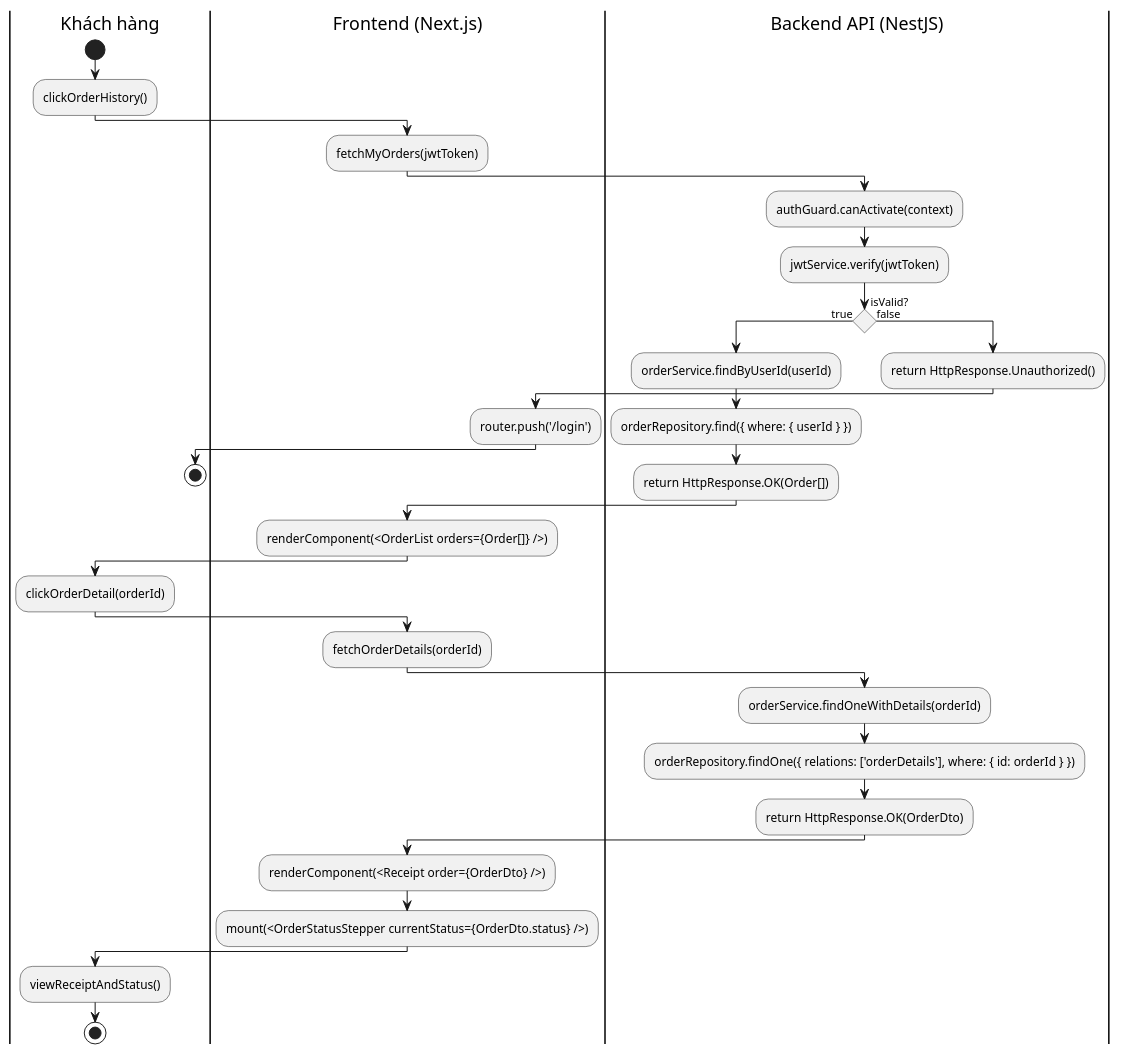
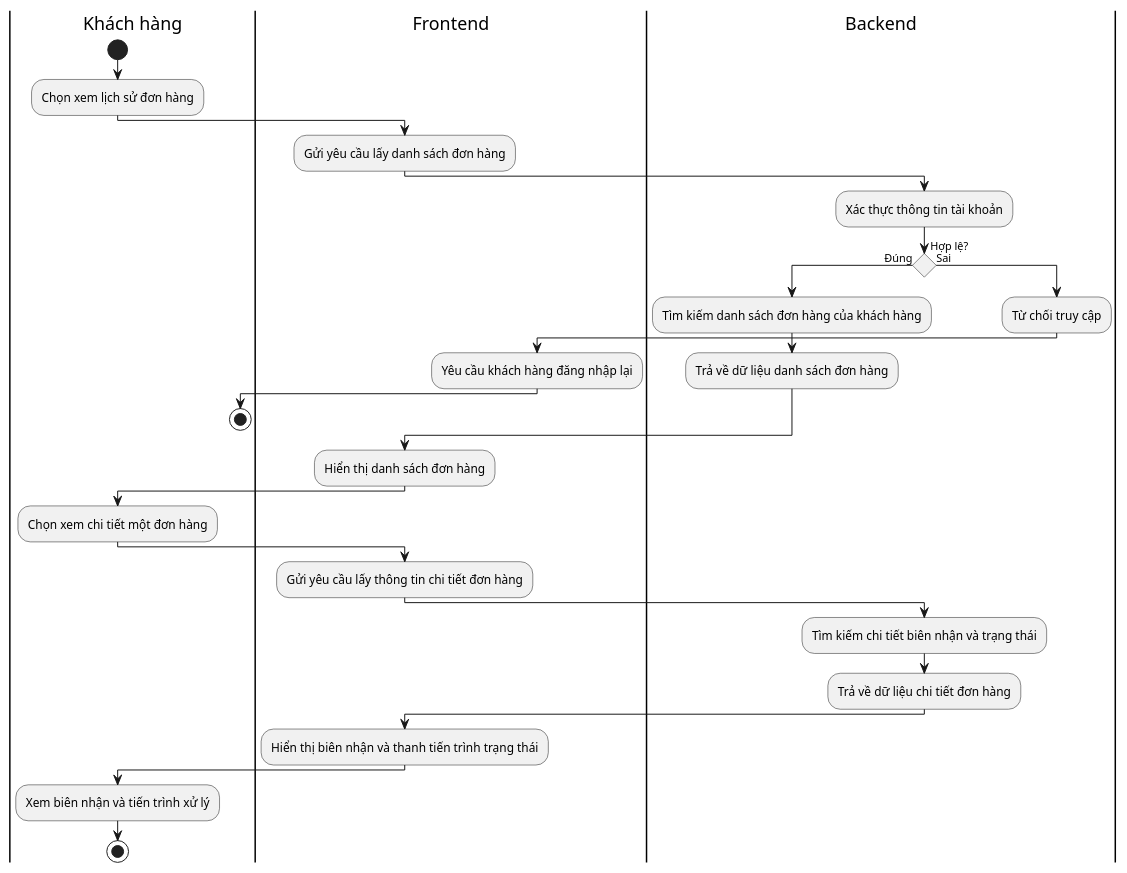
One commit to Phuc280106/BrewLite2 changed the diagram in docs/diagrams/transaction/activity-order-history.puml. Above: the diagram before and after it, drawn with PlantUML. The commit also changed 3 other files, not shown here.

Commit message:
docs(diagrams): cập nhật sơ đồ activity và sequence theo chuẩn nghiệp vụ tiếng Việt

```diff
--- a/docs/diagrams/transaction/activity-order-history.puml
+++ b/docs/diagrams/transaction/activity-order-history.puml
@@ -1,46 +1,42 @@
 @startuml
 skinparam ConditionStyle diamond
 |Khách hàng|
 start
-:clickOrderHistory();
+:Chọn xem lịch sử đơn hàng;
 
-|Frontend (Next.js)|
-:fetchMyOrders(jwtToken);
+|Frontend|
+:Gửi yêu cầu lấy danh sách đơn hàng;
 
-|Backend API (NestJS)|
-:authGuard.canActivate(context);
-:jwtService.verify(jwtToken);
-if (isValid?) then (true)
-  :orderService.findByUserId(userId);
-  :orderRepository.find({ where: { userId } });
-  :return HttpResponse.OK(Order[]);
-else (false)
-  :return HttpResponse.Unauthorized();
-  |Frontend (Next.js)|
-  :router.push('/login');
+|Backend|
+:Xác thực thông tin tài khoản;
+if (Hợp lệ?) then (Đúng)
+  :Tìm kiếm danh sách đơn hàng của khách hàng;
+  :Trả về dữ liệu danh sách đơn hàng;
+else (Sai)
+  :Từ chối truy cập;
+  |Frontend|
+  :Yêu cầu khách hàng đăng nhập lại;
   |Khách hàng|
   stop
 endif
 
-|Frontend (Next.js)|
-:renderComponent(<OrderList orders={Order[]} />);
+|Frontend|
+:Hiển thị danh sách đơn hàng;
 
 |Khách hàng|
-:clickOrderDetail(orderId);
+:Chọn xem chi tiết một đơn hàng;
 
-|Frontend (Next.js)|
-:fetchOrderDetails(orderId);
+|Frontend|
+:Gửi yêu cầu lấy thông tin chi tiết đơn hàng;
 
-|Backend API (NestJS)|
-:orderService.findOneWithDetails(orderId);
-:orderRepository.findOne({ relations: ['orderDetails'], where: { id: orderId } });
-:return HttpResponse.OK(OrderDto);
+|Backend|
+:Tìm kiếm chi tiết biên nhận và trạng thái;
+:Trả về dữ liệu chi tiết đơn hàng;
 
-|Frontend (Next.js)|
-:renderComponent(<Receipt order={OrderDto} />);
-:mount(<OrderStatusStepper currentStatus={OrderDto.status} />);
+|Frontend|
+:Hiển thị biên nhận và thanh tiến trình trạng thái;
 
 |Khách hàng|
-:viewReceiptAndStatus();
+:Xem biên nhận và tiến trình xử lý;
 stop
 @enduml
```
